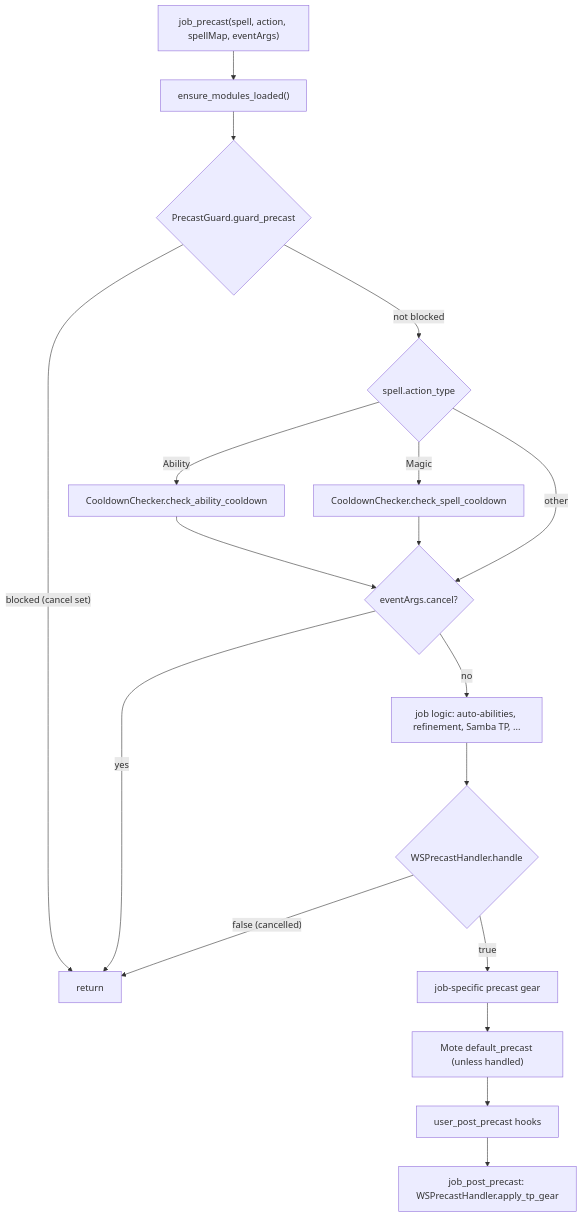
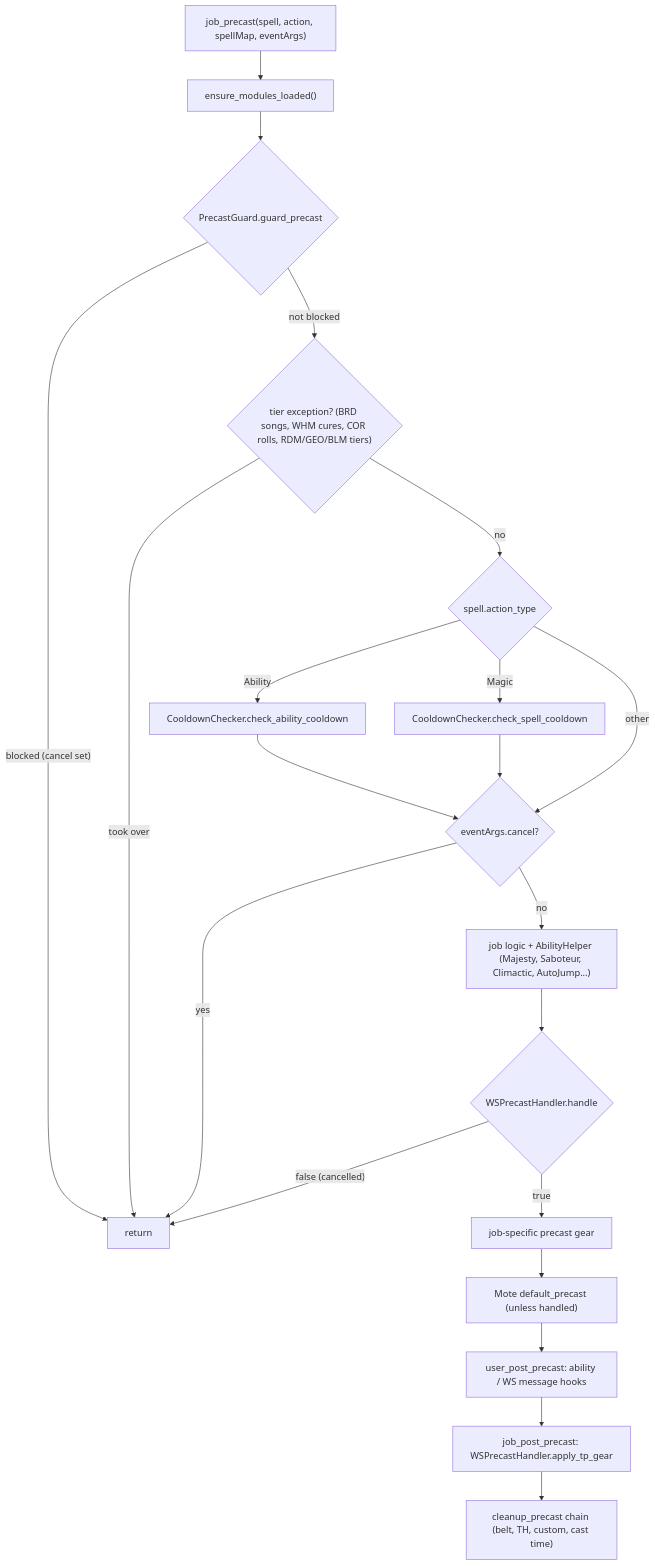
Before and after one commit to ejouanchicot/Gearswap: the first of 3 diagrams in docs/dev/systems/precast-pipeline.md, drawn with Mermaid. The commit also changed other lines of this file and 14 other files, not shown here.

First line of the commit message:
docs(dev): re-verify systems and architecture pages against the code

````diff
--- a/docs/dev/systems/precast-pipeline.md
+++ b/docs/dev/systems/precast-pipeline.md
@@ -81,20 +173,23 @@
 ```mermaid
 flowchart TD
     A["job_precast(spell, action, spellMap, eventArgs)"] --> B["ensure_modules_loaded()"]
     B --> C{"PrecastGuard.guard_precast"}
     C -- "blocked (cancel set)" --> X["return"]
-    C -- "not blocked" --> D{"spell.action_type"}
+    C -- "not blocked" --> T{"tier exception? (BRD songs, WHM cures, COR rolls, RDM/GEO/BLM tiers)"}
+    T -- "took over" --> X
+    T -- "no" --> D{"spell.action_type"}
     D -- "Ability" --> E["CooldownChecker.check_ability_cooldown"]
     D -- "Magic" --> F["CooldownChecker.check_spell_cooldown"]
     E --> G{"eventArgs.cancel?"}
     F --> G
     D -- "other" --> G
     G -- yes --> X
-    G -- no --> H["job logic: auto-abilities, refinement, Samba TP, ..."]
+    G -- no --> H["job logic + AbilityHelper (Majesty, Saboteur, Climactic, AutoJump...)"]
     H --> I{"WSPrecastHandler.handle"}
     I -- "false (cancelled)" --> X
     I -- "true" --> J["job-specific precast gear"]
     J --> K["Mote default_precast (unless handled)"]
-    K --> L["user_post_precast hooks"]
+    K --> L["user_post_precast: ability / WS message hooks"]
     L --> M["job_post_precast: WSPrecastHandler.apply_tp_gear"]
+    M --> N["cleanup_precast chain (belt, TH, custom, cast time)"]
 ```
````
